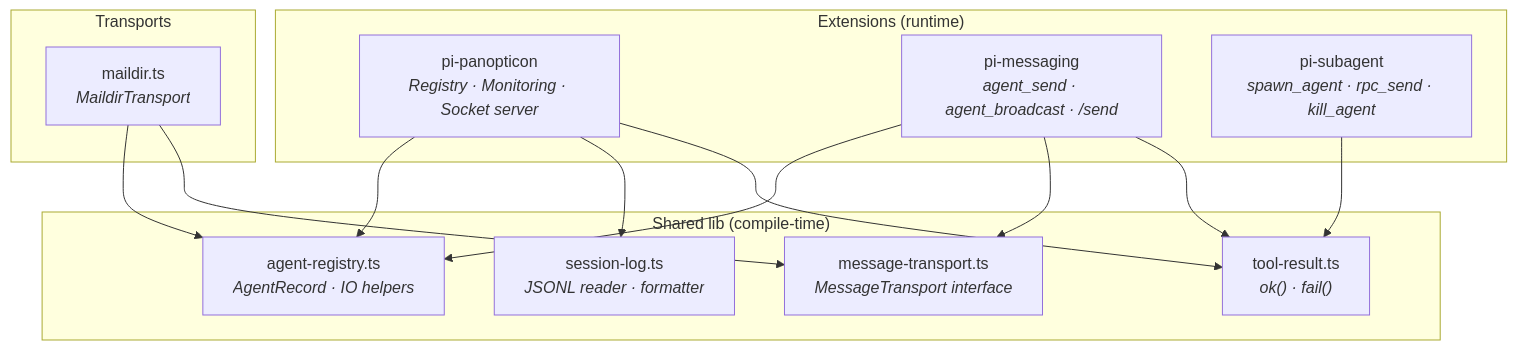
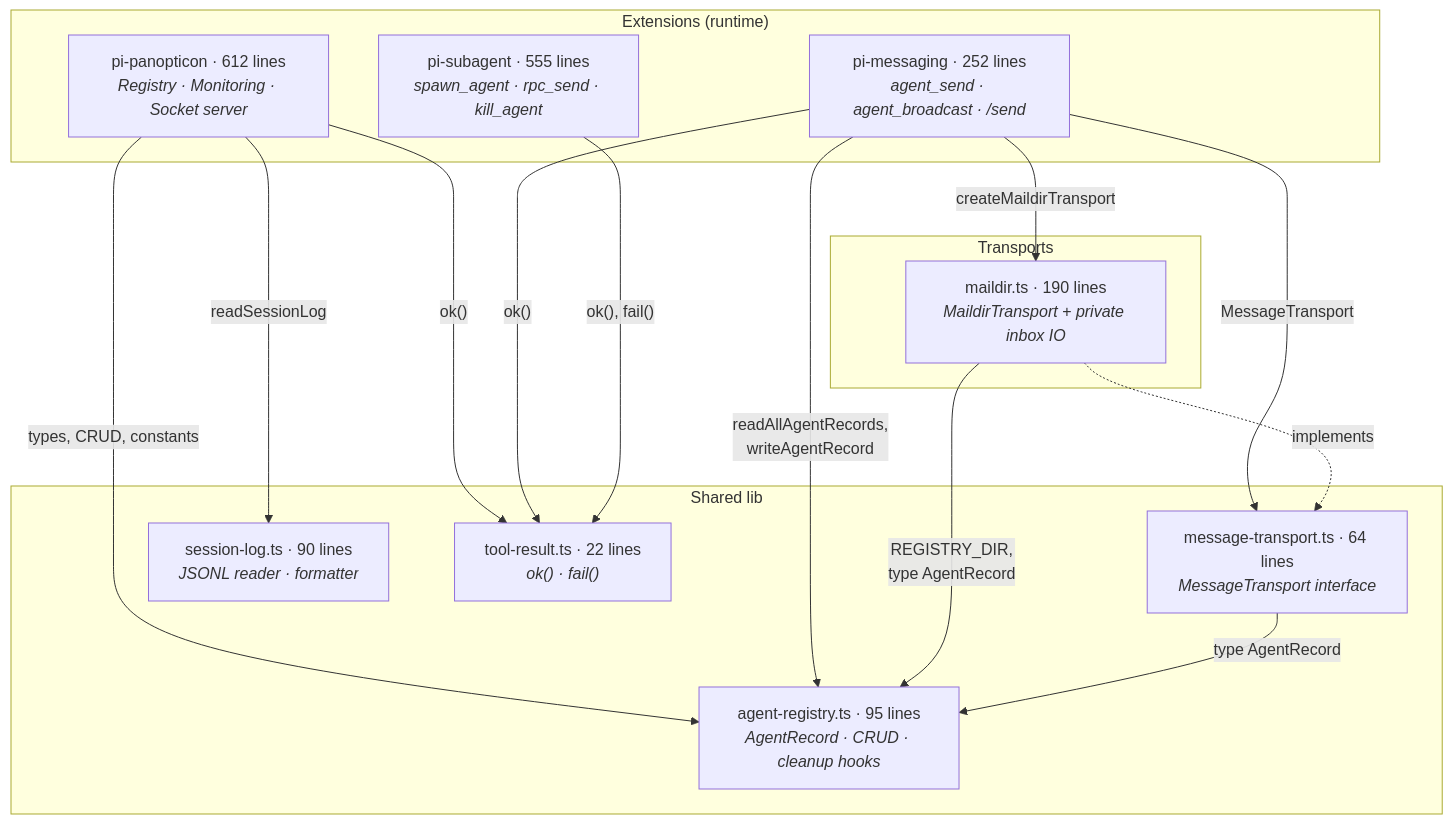
Before and after one commit to tS7hKamAYL84j91/pi-tools-and-skills: the first of 5 diagrams in docs/ARCHITECTURE-REVIEW.md, drawn with Mermaid. The commit also changed other lines of this file and 7 other files, not shown here.

First line of the commit message:
refactor(extensions): resolve abstraction bleeds across panopticon/messaging/transport

````diff
--- a/docs/ARCHITECTURE-REVIEW.md
+++ b/docs/ARCHITECTURE-REVIEW.md
@@ -9,29 +11,31 @@
 ```mermaid
 graph TB
     subgraph "Extensions (runtime)"
-        PAN["pi-panopticon<br/><i>Registry · Monitoring · Socket server</i>"]
-        MSG["pi-messaging<br/><i>agent_send · agent_broadcast · /send</i>"]
-        SUB["pi-subagent<br/><i>spawn_agent · rpc_send · kill_agent</i>"]
+        PAN["pi-panopticon · 612 lines<br/><i>Registry · Monitoring · Socket server</i>"]
+        MSG["pi-messaging · 252 lines<br/><i>agent_send · agent_broadcast · /send</i>"]
+        SUB["pi-subagent · 555 lines<br/><i>spawn_agent · rpc_send · kill_agent</i>"]
     end
 
-    subgraph "Shared lib (compile-time)"
-        AR["agent-registry.ts<br/><i>AgentRecord · IO helpers</i>"]
-        MT["message-transport.ts<br/><i>MessageTransport interface</i>"]
-        SL["session-log.ts<br/><i>JSONL reader · formatter</i>"]
-        TR["tool-result.ts<br/><i>ok() · fail()</i>"]
+    subgraph "Shared lib"
+        AR["agent-registry.ts · 95 lines<br/><i>AgentRecord · CRUD · cleanup hooks</i>"]
+        MT["message-transport.ts · 64 lines<br/><i>MessageTransport interface</i>"]
+        SL["session-log.ts · 90 lines<br/><i>JSONL reader · formatter</i>"]
+        TR["tool-result.ts · 22 lines<br/><i>ok() · fail()</i>"]
     end
 
     subgraph "Transports"
-        MD["maildir.ts<br/><i>MaildirTransport</i>"]
+        MD["maildir.ts · 190 lines<br/><i>MaildirTransport + private inbox IO</i>"]
     end
 
-    PAN --> AR
-    PAN --> SL
-    PAN --> TR
-    MSG --> AR
-    MSG --> MT
-    MSG --> TR
-    SUB --> TR
-    MD --> AR
-    MD --> MT
+    PAN -->|"types, CRUD, constants"| AR
+    PAN -->|"readSessionLog"| SL
+    PAN -->|"ok()"| TR
+    MSG -->|"readAllAgentRecords,<br/>writeAgentRecord"| AR
+    MSG -->|"MessageTransport"| MT
+    MSG -->|"ok()"| TR
+    MSG -->|"createMaildirTransport"| MD
+    SUB -->|"ok(), fail()"| TR
+    MD -->|"REGISTRY_DIR,<br/>type AgentRecord"| AR
+    MD -.->|"implements"| MT
+    MT -->|"type AgentRecord"| AR
 ```
````
